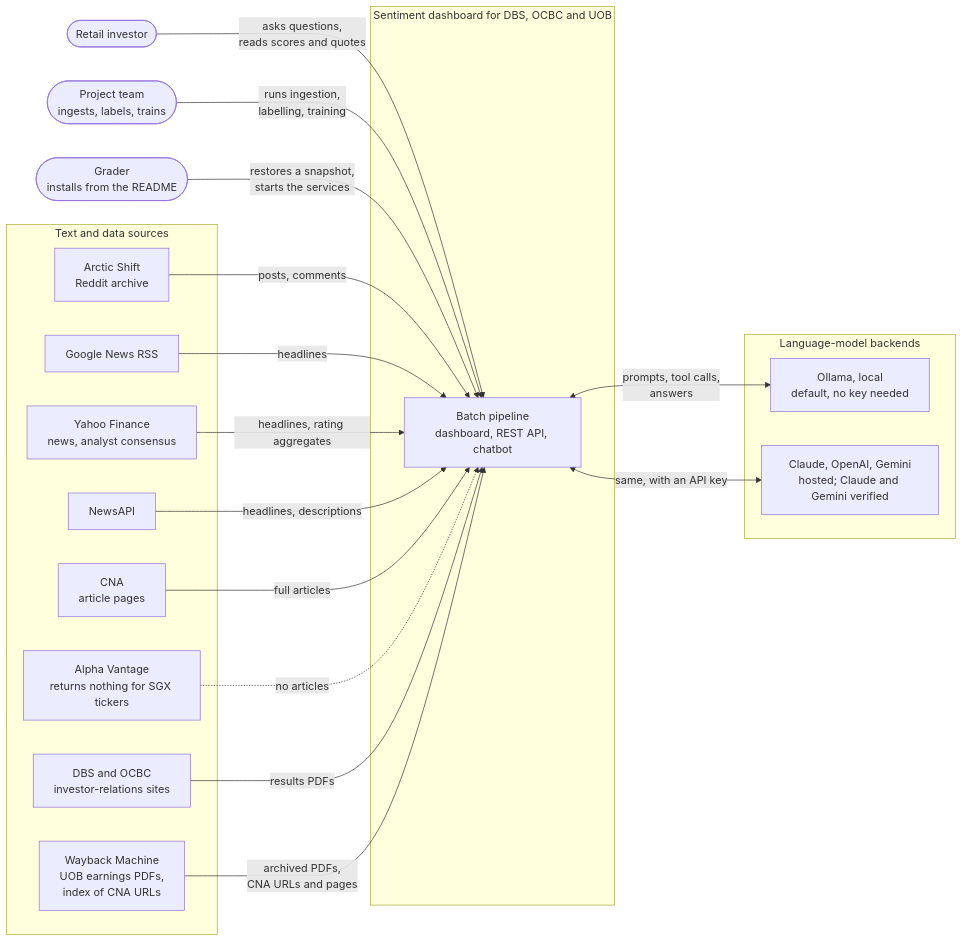
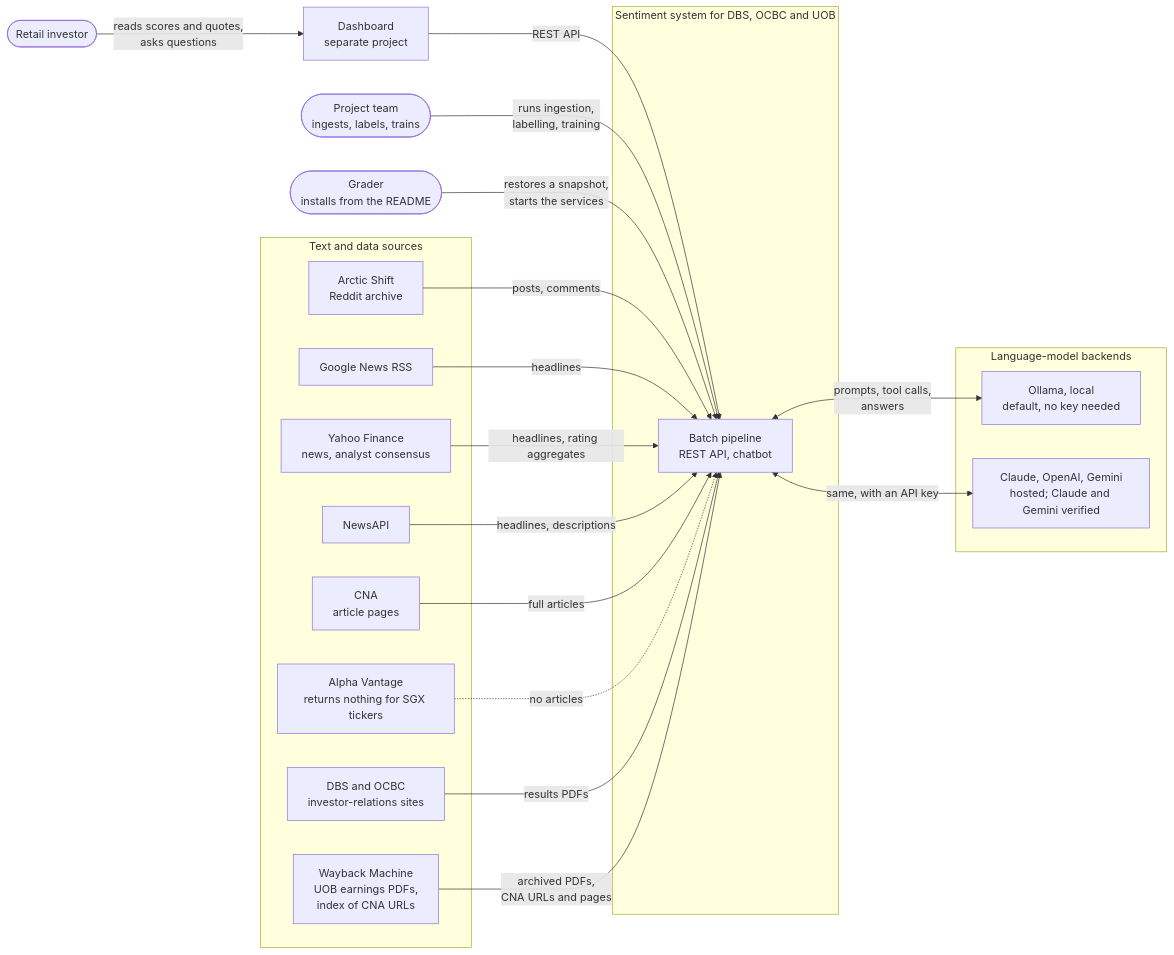
One commit to Gavingyh/plp-project changed the diagram in docs/diagrams/01-system-context.md. Above: the diagram before and after it, drawn with Mermaid. The commit also changed 62 other files, not shown here.

First line of the commit message:
Hand the dashboard to its own project; expose everything through the API

````diff
--- a/docs/diagrams/01-system-context.md
+++ b/docs/diagrams/01-system-context.md
@@ -7,45 +7,48 @@
 ```mermaid
 flowchart LR
   accTitle: System context
-  accDescr: The sentiment system with its three kinds of user, its five text and data sources, and its four model backends.
+  accDescr: The sentiment system with its three kinds of user, the separate dashboard that reads its API, its text and data sources, and its four model backends.
 
   investor(["Retail investor"])
   team(["Project team<br/>ingests, labels, trains"])
   grader(["Grader<br/>installs from the README"])
 
-  subgraph sys["Sentiment dashboard for DBS, OCBC and UOB"]
-    core["Batch pipeline<br/>dashboard, REST API, chatbot"]
+  subgraph sys["Sentiment system for DBS, OCBC and UOB"]
+    core["Batch pipeline<br/>REST API, chatbot"]
   end
+
+  dash["Dashboard<br/>separate project"]
 
   subgraph sources["Text and data sources"]
     reddit["Arctic Shift<br/>Reddit archive"]
     gnews["Google News RSS"]
     yahoo["Yahoo Finance<br/>news, analyst consensus"]
     newsapi["NewsAPI"]
     cna["CNA<br/>article pages"]
     av["Alpha Vantage<br/>returns nothing for SGX tickers"]
     ir["DBS and OCBC<br/>investor-relations sites"]
     wayback["Wayback Machine<br/>UOB earnings PDFs,<br/>index of CNA URLs"]
   end
 
   subgraph llms["Language-model backends"]
     ollama["Ollama, local<br/>default, no key needed"]
     hosted["Claude, OpenAI, Gemini<br/>hosted; Claude and Gemini verified"]
   end
 
-  investor -- "asks questions,<br/>reads scores and quotes" --> core
+  investor -- "reads scores and quotes,<br/>asks questions" --> dash
+  dash -- "REST API" --> core
   team -- "runs ingestion,<br/>labelling, training" --> core
   grader -- "restores a snapshot,<br/>starts the services" --> core
 
   reddit -- "posts, comments" --> core
   gnews -- "headlines" --> core
   yahoo -- "headlines, rating aggregates" --> core
   newsapi -- "headlines, descriptions" --> core
   cna -- "full articles" --> core
   av -. "no articles" .-> core
   ir -- "results PDFs" --> core
   wayback -- "archived PDFs,<br/>CNA URLs and pages" --> core
 
   core <-- "prompts, tool calls,<br/>answers" --> ollama
   core <-- "same, with an API key" --> hosted
 ```
````
